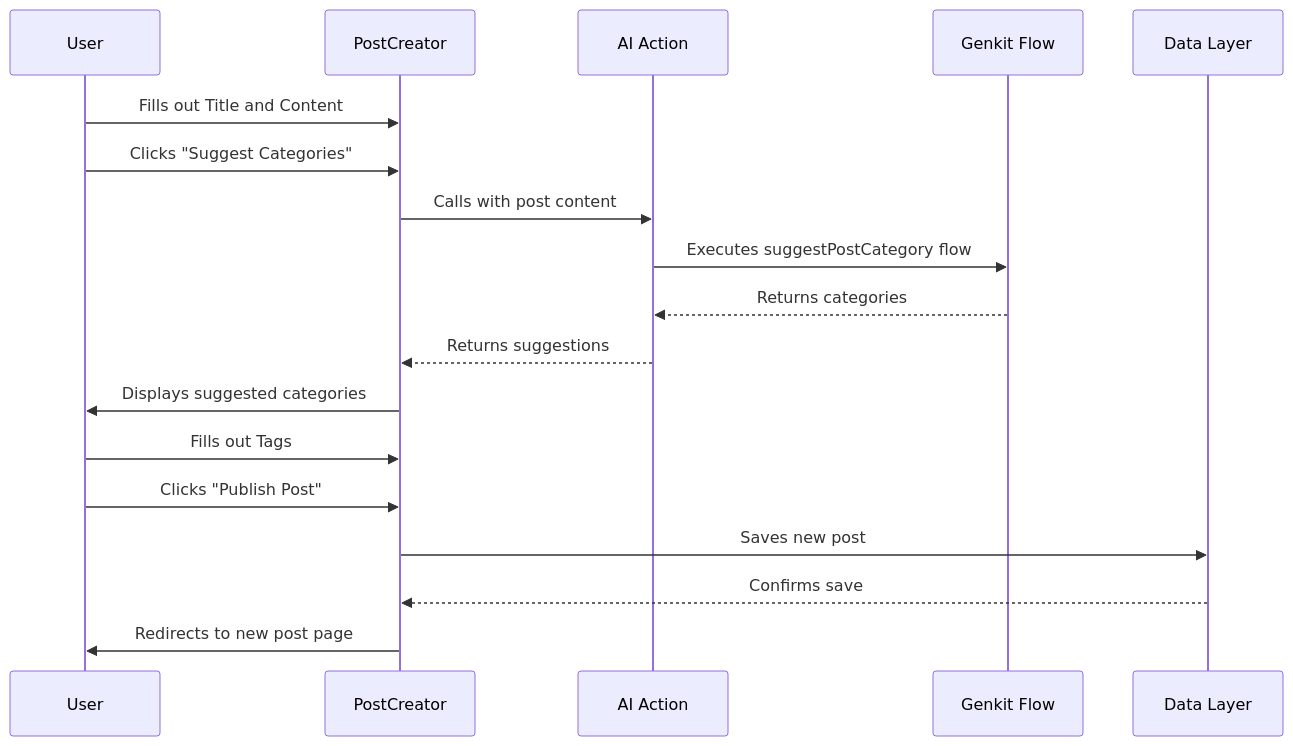
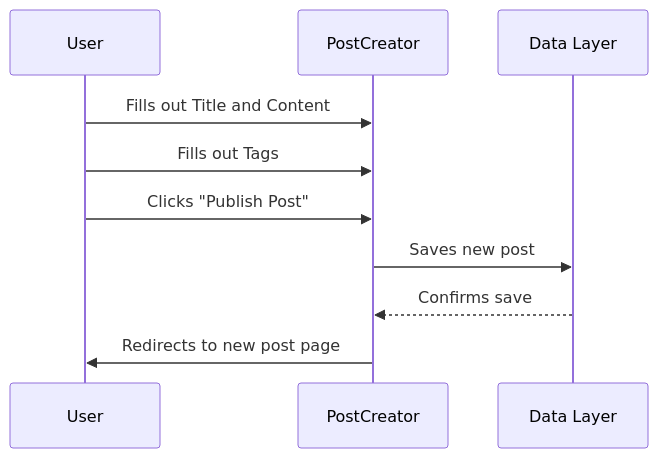
Before and after one commit to shivamghaware/BlogIn: the third of 4 diagrams in src/app/UML.md, drawn with Mermaid. The commit also changed other lines of this file and 3 other files, not shown here.

````diff
--- a/src/app/UML.md
+++ b/src/app/UML.md
@@ -52,20 +46,12 @@
 ```mermaid
 sequenceDiagram
     participant U as User
     participant PC as PostCreator
-    participant SAA as AI Action
-    participant G as Genkit Flow
     participant D as Data Layer
     U->>PC: Fills out Title and Content
-    U->>PC: Clicks "Suggest Categories"
-    PC->>SAA: Calls with post content
-    SAA->>G: Executes suggestPostCategory flow
-    G-->>SAA: Returns categories
-    SAA-->>PC: Returns suggestions
-    PC->>U: Displays suggested categories
     U->>PC: Fills out Tags
     U->>PC: Clicks "Publish Post"
     PC->>D: Saves new post
     D-->>PC: Confirms save
     PC->>U: Redirects to new post page
 ```
````
